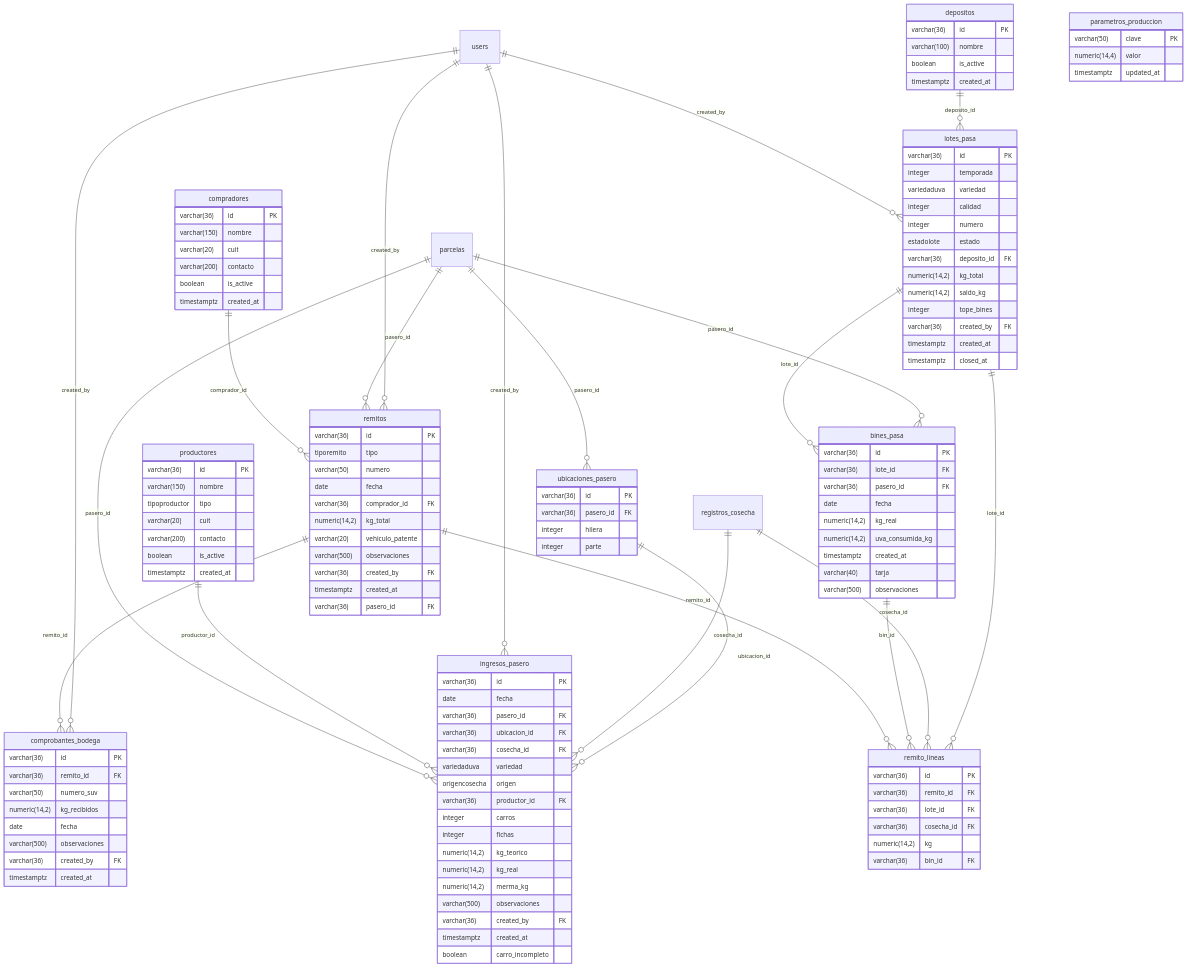
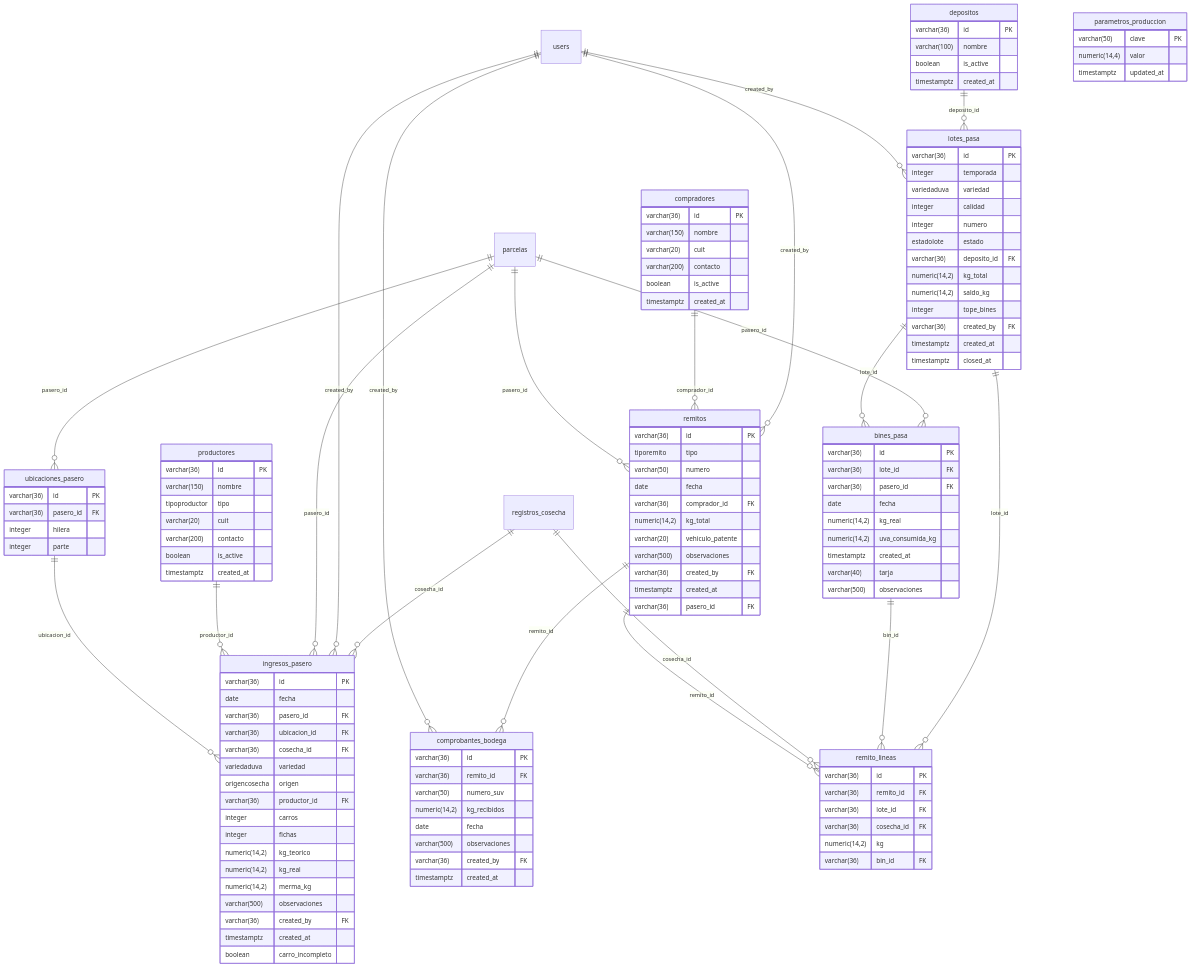
The fourth of 11 diagrams in docs/sistema/Modelo de Datos.md (FaustoYanzon/Proyecto-Gestion-Los-Lirios-), drawn with Mermaid before and after one commit. The commit also changed other lines of this file and 2 other files, not shown here.

````diff
--- a/docs/sistema/Modelo de Datos.md
+++ b/docs/sistema/Modelo de Datos.md
@@ -553,23 +564,23 @@
 ```mermaid
 erDiagram
+    parcelas ||--o{ bines_pasa : "pasero_id"
     lotes_pasa ||--o{ bines_pasa : "lote_id"
-    parcelas ||--o{ bines_pasa : "pasero_id"
     remitos ||--o{ comprobantes_bodega : "remito_id"
     users ||--o{ comprobantes_bodega : "created_by"
+    registros_cosecha ||--o{ ingresos_pasero : "cosecha_id"
+    users ||--o{ ingresos_pasero : "created_by"
     parcelas ||--o{ ingresos_pasero : "pasero_id"
     productores ||--o{ ingresos_pasero : "productor_id"
-    users ||--o{ ingresos_pasero : "created_by"
-    registros_cosecha ||--o{ ingresos_pasero : "cosecha_id"
     ubicaciones_pasero ||--o{ ingresos_pasero : "ubicacion_id"
+    depositos ||--o{ lotes_pasa : "deposito_id"
     users ||--o{ lotes_pasa : "created_by"
-    depositos ||--o{ lotes_pasa : "deposito_id"
-    remitos ||--o{ remito_lineas : "remito_id"
+    lotes_pasa ||--o{ remito_lineas : "lote_id"
     bines_pasa ||--o{ remito_lineas : "bin_id"
     registros_cosecha ||--o{ remito_lineas : "cosecha_id"
-    lotes_pasa ||--o{ remito_lineas : "lote_id"
+    remitos ||--o{ remito_lineas : "remito_id"
+    users ||--o{ remitos : "created_by"
     compradores ||--o{ remitos : "comprador_id"
     parcelas ||--o{ remitos : "pasero_id"
-    users ||--o{ remitos : "created_by"
     parcelas ||--o{ ubicaciones_pasero : "pasero_id"
     productores {
         varchar(36) id PK
````
